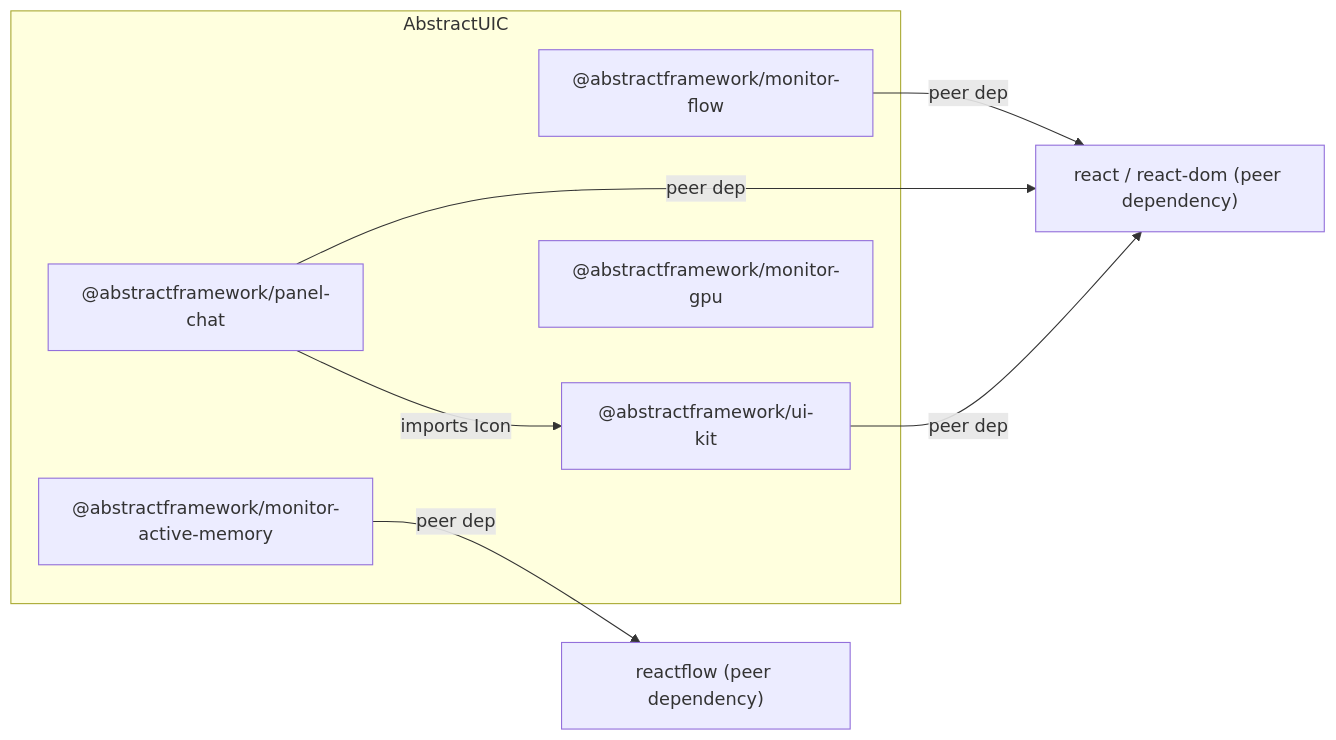
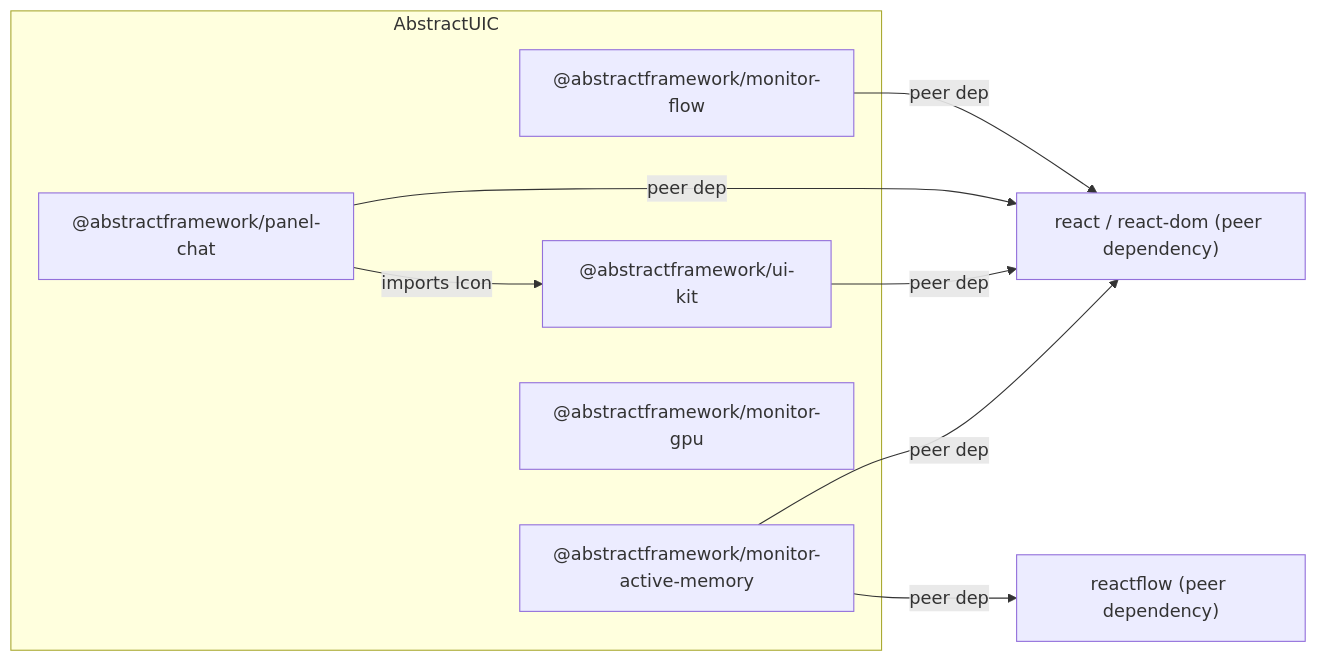
The first of 2 diagrams in docs/architecture.md (lpalbou/AbstractUIC), drawn with Mermaid before and after one commit. The commit also changed other lines of this file and 17 other files, not shown here.

````diff
--- a/docs/architecture.md
+++ b/docs/architecture.md
@@ -15,16 +20,17 @@
 ```mermaid
 flowchart LR
   subgraph AbstractUIC
     UIKIT["@abstractframework/ui-kit"]
     CHAT["@abstractframework/panel-chat"]
     FLOW["@abstractframework/monitor-flow"]
     AMX["@abstractframework/monitor-active-memory"]
     GPU["@abstractframework/monitor-gpu"]
   end
 
   CHAT -->|"imports Icon"| UIKIT
   AMX -->|"peer dep"| ReactFlow["reactflow (peer dependency)"]
   FLOW -->|"peer dep"| React["react / react-dom (peer dependency)"]
   CHAT -->|"peer dep"| React
   UIKIT -->|"peer dep"| React
+  AMX -->|"peer dep"| React
 ```
````
